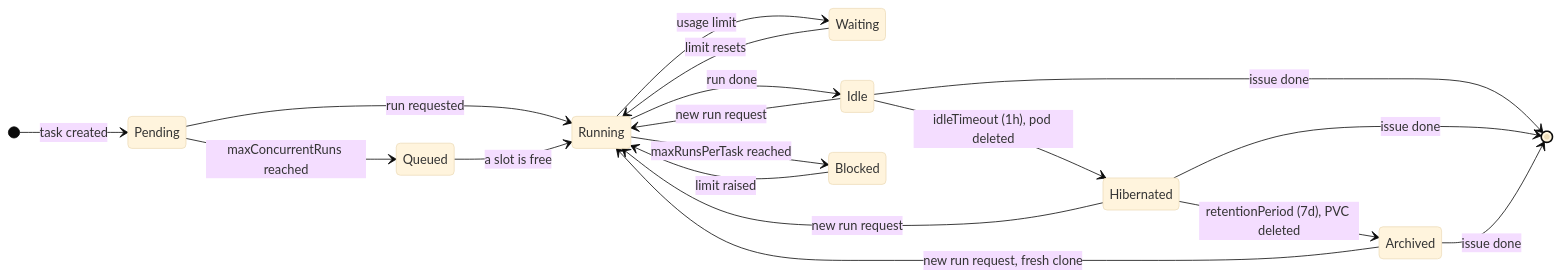
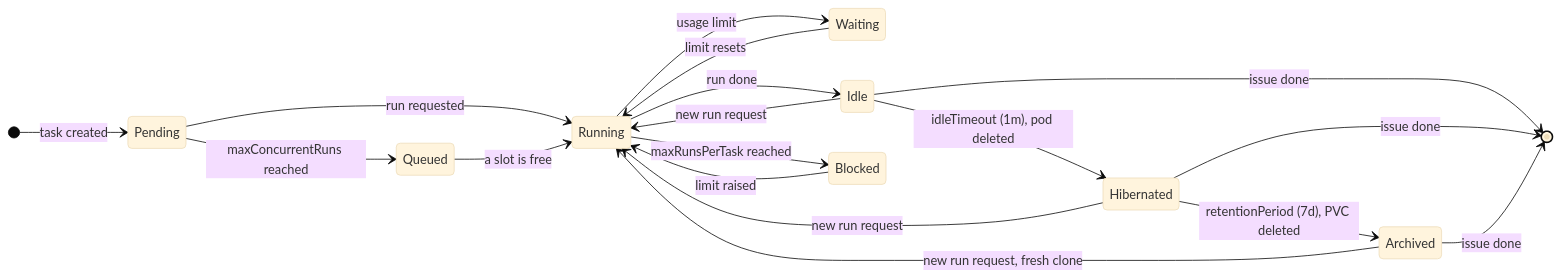
The fourth of 6 diagrams in docs/design.md (jonathanwiemers/ai-operator), drawn with Mermaid (base theme) before and after one commit. The commit also changed other lines of this file and 16 other files, not shown here.

````diff
--- a/docs/design.md
+++ b/docs/design.md
@@ -195,21 +195,21 @@
 ```mermaid
 stateDiagram-v2
     direction LR
     [*] --> Pending: task created
     Pending --> Running: run requested
     Pending --> Queued: maxConcurrentRuns reached
     Queued --> Running: a slot is free
     Running --> Waiting: usage limit
     Waiting --> Running: limit resets
     Running --> Idle: run done
     Idle --> Running: new run request
-    Idle --> Hibernated: idleTimeout (1h), pod deleted
+    Idle --> Hibernated: idleTimeout (1m), pod deleted
     Hibernated --> Running: new run request
     Hibernated --> Archived: retentionPeriod (7d), PVC deleted
     Archived --> Running: new run request, fresh clone
     Running --> Blocked: maxRunsPerTask reached
     Blocked --> Running: limit raised
     Idle --> [*]: issue done
     Hibernated --> [*]: issue done
     Archived --> [*]: issue done
 ```
````
